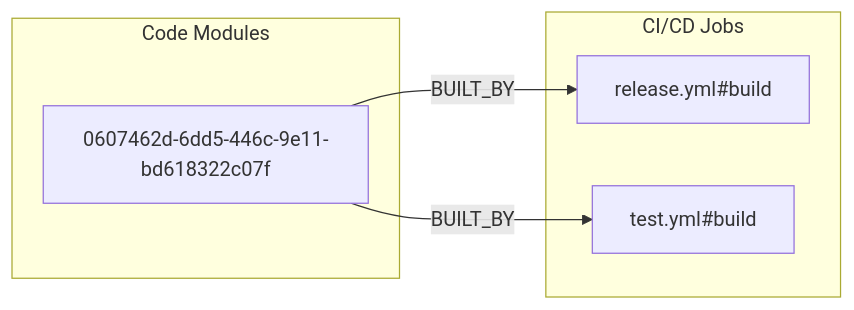
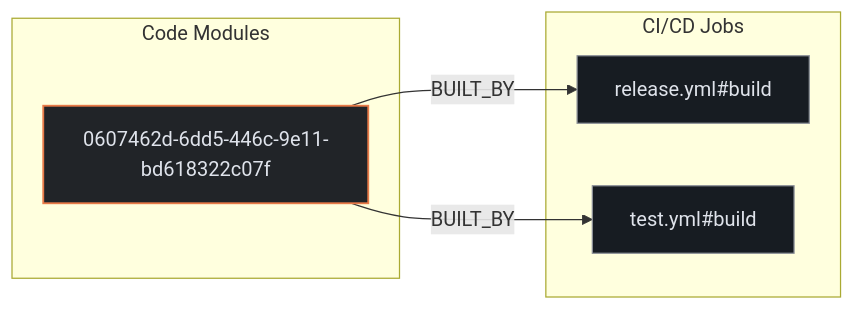
The second of 3 diagrams in exports/latest/reports/triggerdotdev-schema-infer-report.md (kumarshaz/atruss-code-atlas), drawn with Mermaid before and after one commit. The commit also changed other lines of this file and 331 other files, not shown here.

Commit message:
docs,ui,fix: update SDLC docs, reorder CI/CD DAG first, stylize Mermaid, and fix Arc42 pipeline topology

````diff
--- a/exports/latest/reports/triggerdotdev-schema-infer-report.md
+++ b/exports/latest/reports/triggerdotdev-schema-infer-report.md
@@ -108,12 +115,16 @@
 ```mermaid
 flowchart LR
+    classDef atlasCategory fill:#212428,stroke:#E87A48,stroke-width:1.5px,color:#dfe3eb
+    classDef atlasWorkflow fill:#1b2026,stroke:#a3c9ff,stroke-width:1.5px,color:#dfe3eb
+    classDef atlasJob fill:#171c22,stroke:#8d9199,stroke-width:1px,color:#dfe3eb
+    classDef atlasTarget fill:#005227,stroke:#8bd99b,stroke-width:1.5px,color:#a7f6b6
     subgraph code_modules["Code Modules"]
-        mod_0607462d_6dd5_446c_9e11_bd618322c07f["0607462d-6dd5-446c-9e11-bd618322c07f"]
+        mod_0607462d_6dd5_446c_9e11_bd618322c07f["0607462d-6dd5-446c-9e11-bd618322c07f"]:::atlasCategory
     end
     subgraph ci_jobs["CI/CD Jobs"]
-        job_release_yml_build["release.yml#build"]
-        job_test_yml_build["test.yml#build"]
+        job_release_yml_build["release.yml#build"]:::atlasJob
+        job_test_yml_build["test.yml#build"]:::atlasJob
     end
     mod_0607462d_6dd5_446c_9e11_bd618322c07f -->|BUILT_BY| job_release_yml_build
     mod_0607462d_6dd5_446c_9e11_bd618322c07f -->|BUILT_BY| job_test_yml_build
 ```
````
